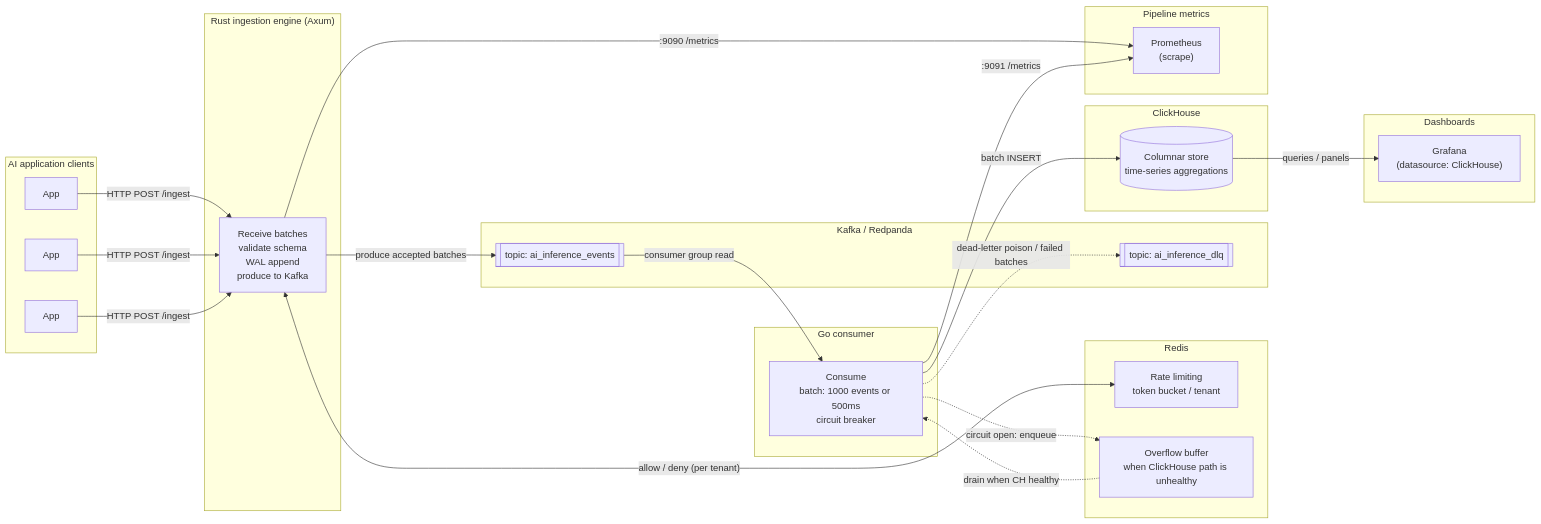
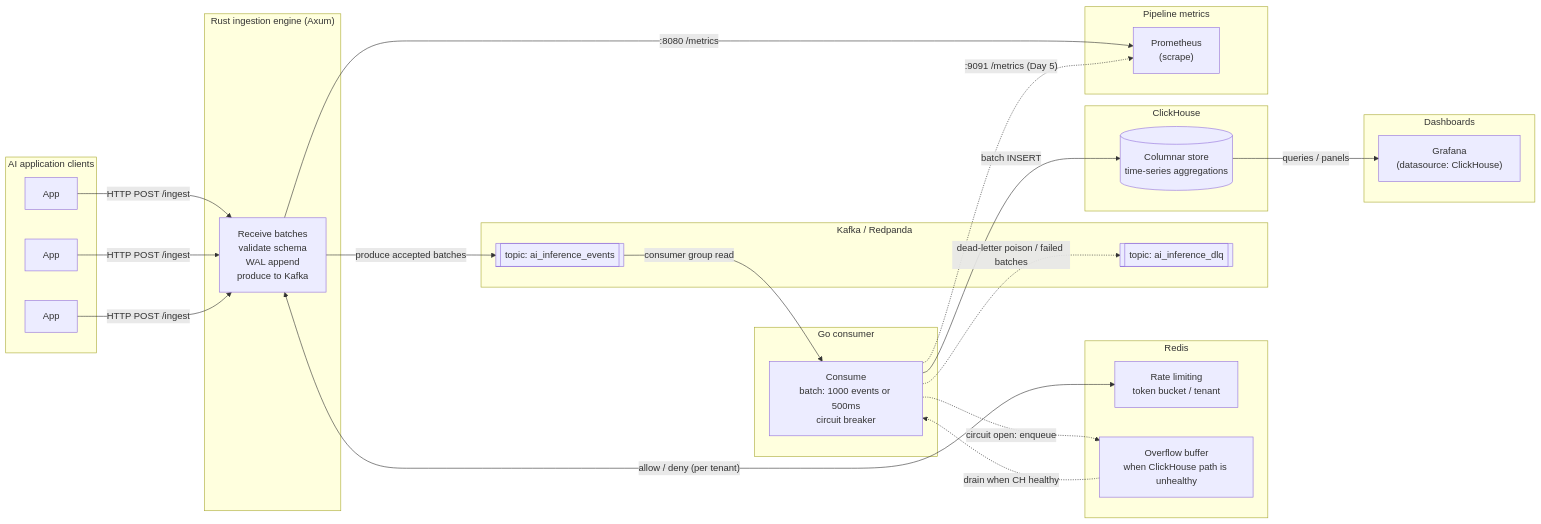
The diagram in README.md (AkshantVats/infra-ai-streaming), drawn with Mermaid before and after one commit. The commit also changed other lines of this file and 4 other files, not shown here.

````diff
--- a/README.md
+++ b/README.md
@@ -29,50 +29,50 @@
 ```mermaid
 flowchart LR
   subgraph clients["AI application clients"]
     C1["App"]
     C2["App"]
     C3["App"]
   end
 
   subgraph rust["Rust ingestion engine (Axum)"]
     R["Receive batches\nvalidate schema\nWAL append\nproduce to Kafka"]
   end
 
   subgraph redis["Redis"]
     RL["Rate limiting\ntoken bucket / tenant"]
     OV["Overflow buffer\nwhen ClickHouse path is unhealthy"]
   end
 
   subgraph kafka["Kafka / Redpanda"]
     TEV[["topic: ai_inference_events"]]
     TDLQ[["topic: ai_inference_dlq"]]
   end
 
   subgraph go["Go consumer"]
     G["Consume\nbatch: 1000 events or 500ms\ncircuit breaker"]
   end
 
   subgraph ch["ClickHouse"]
     CH[("Columnar store\ntime-series aggregations")]
   end
 
   subgraph viz["Dashboards"]
     GF["Grafana\n(datasource: ClickHouse)"]
   end
 
   subgraph prom["Pipeline metrics"]
     PR["Prometheus\n(scrape)"]
   end
 
   C1 & C2 & C3 -->|"HTTP POST /ingest"| R
   R <-->|"allow / deny (per tenant)"| RL
   R -->|"produce accepted batches"| TEV
   TEV -->|"consumer group read"| G
   G -->|"batch INSERT"| CH
   G -.->|"circuit open: enqueue"| OV
   G -.->|"dead-letter poison / failed batches"| TDLQ
   OV -.->|"drain when CH healthy"| G
   CH -->|"queries / panels"| GF
-  R -->|":9090 /metrics"| PR
-  G -->|":9091 /metrics"| PR
+  R -->|":8080 /metrics"| PR
+  G -.->|":9091 /metrics (Day 5)"| PR
 ```
````
